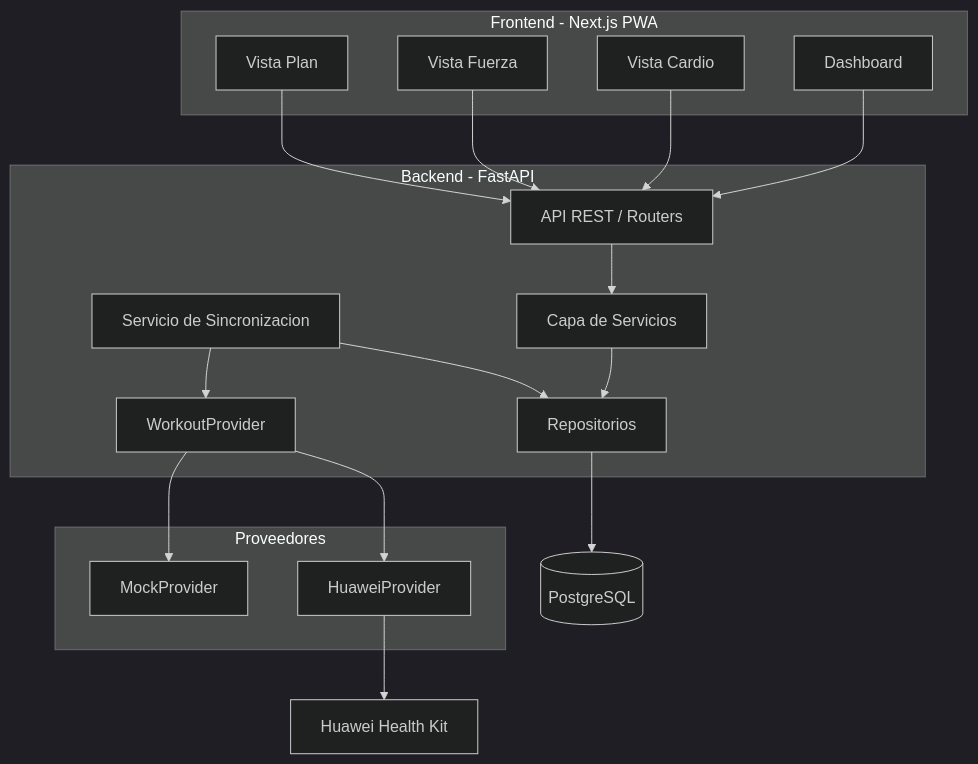
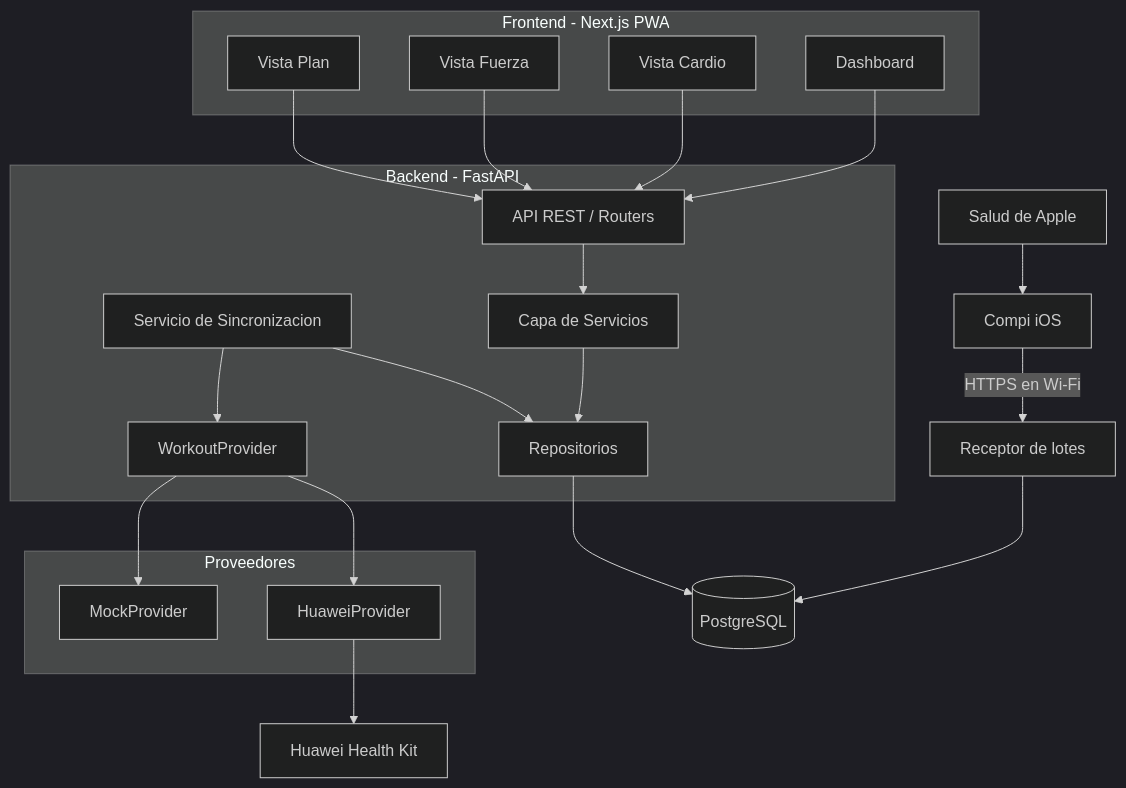
The first of 3 diagrams in .kiro/specs/compi-training-platform/design.md (JoseJulianMosqueraFuli/Compi), drawn with Mermaid (dark theme) before and after one commit. The commit also changed other lines of this file and 61 other files, not shown here.

````diff
--- a/.kiro/specs/compi-training-platform/design.md
+++ b/.kiro/specs/compi-training-platform/design.md
@@ -28,40 +23,43 @@
 ```mermaid
 graph TD
     subgraph Frontend["Frontend - Next.js PWA"]
         Dashboard[Dashboard]
         CardioView[Vista Cardio]
         StrengthView[Vista Fuerza]
         PlanView[Vista Plan]
     end
 
     subgraph Backend["Backend - FastAPI"]
         API[API REST / Routers]
         Services[Capa de Servicios]
         Repos[Repositorios]
         Sync[Servicio de Sincronizacion]
         Providers[WorkoutProvider]
     end
 
     subgraph Providers2["Proveedores"]
         Mock[MockProvider]
         Huawei[HuaweiProvider]
     end
 
+    HealthKit[Salud de Apple] --> iPhone[Compi iOS]
+    iPhone -->|HTTPS en Wi-Fi| Mobile[Receptor de lotes]
+    Mobile --> DB
     DB[(PostgreSQL)]
     HK[Huawei Health Kit]
 
     Dashboard --> API
     CardioView --> API
     StrengthView --> API
     PlanView --> API
 
     API --> Services
     Services --> Repos
     Repos --> DB
 
     Sync --> Providers
     Sync --> Repos
     Providers --> Mock
     Providers --> Huawei
     Huawei --> HK
 ```
````
